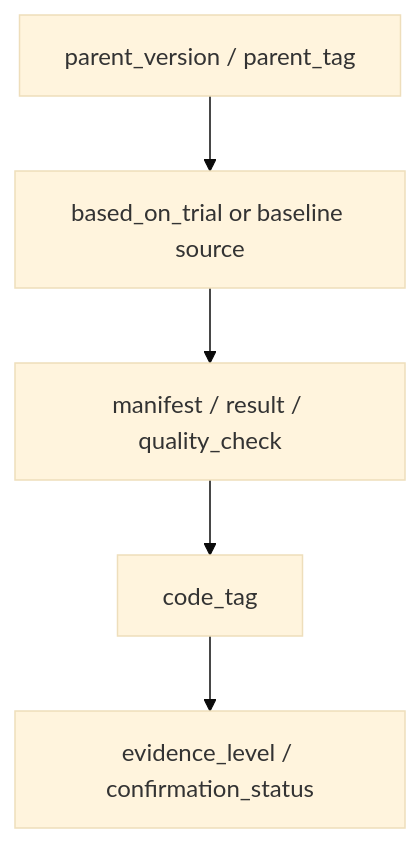
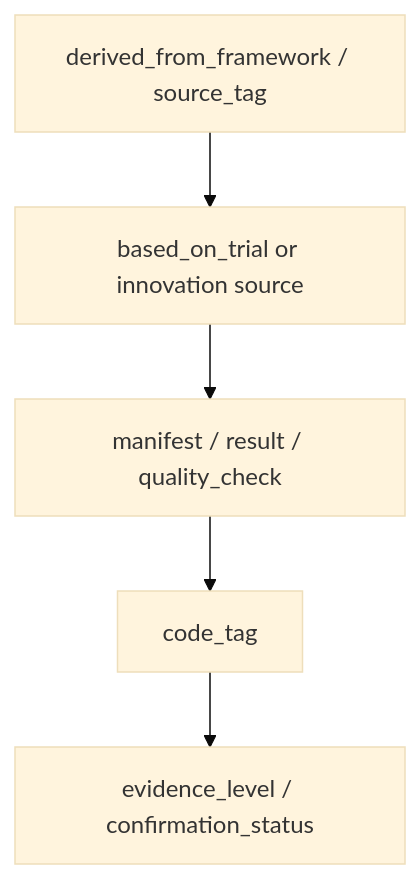
The diagram in experiments/templates/VERSION_template.md (GetlotMoney/GTPJ), drawn with Mermaid (base theme) before and after one commit. The commit also changed other lines of this file and 75 other files, not shown here.

````diff
--- a/experiments/templates/VERSION_template.md
+++ b/experiments/templates/VERSION_template.md
@@ -54,7 +56,7 @@
 ```mermaid
 flowchart TD
-  Parent["parent_version / parent_tag"] --> Trial["based_on_trial or baseline source"]
+  Source["derived_from_framework / source_tag"] --> Trial["based_on_trial or innovation source"]
   Trial --> Evidence["manifest / result / quality_check"]
   Evidence --> Version["code_tag"]
   Version --> Status["evidence_level / confirmation_status"]
 ```
````
